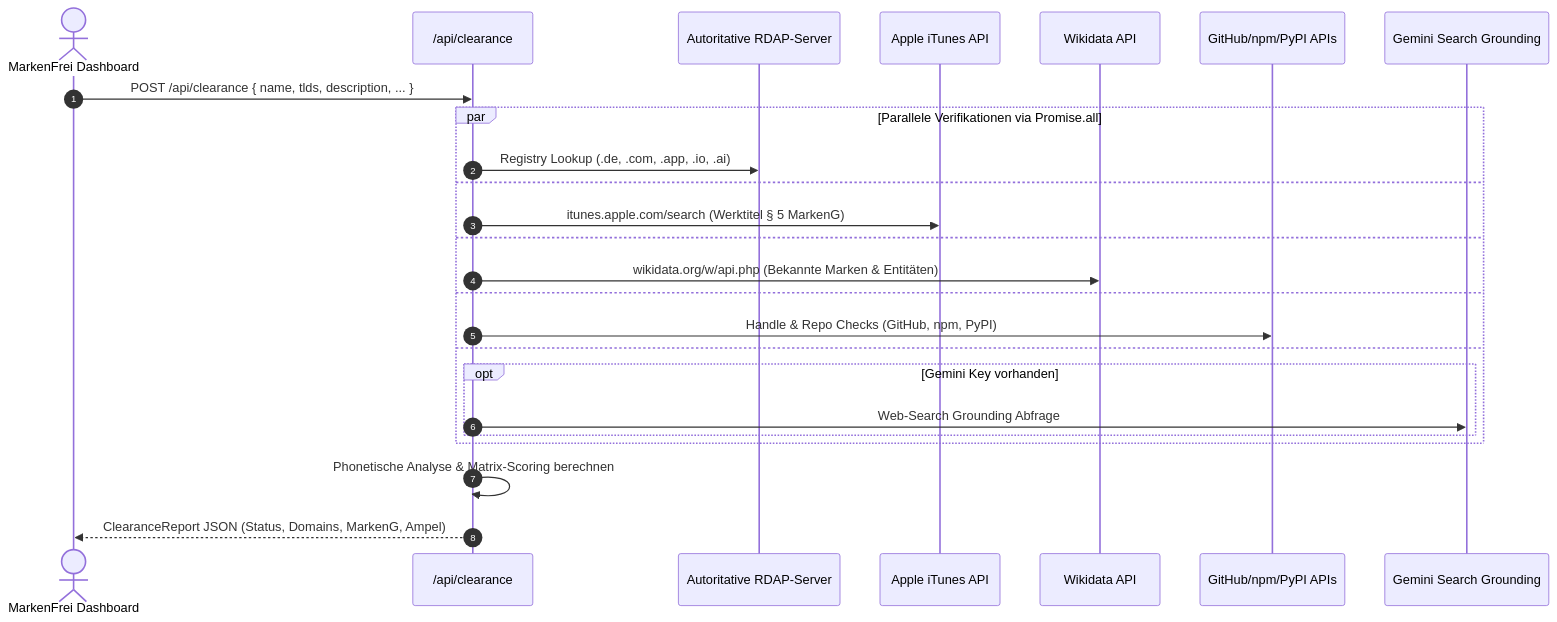
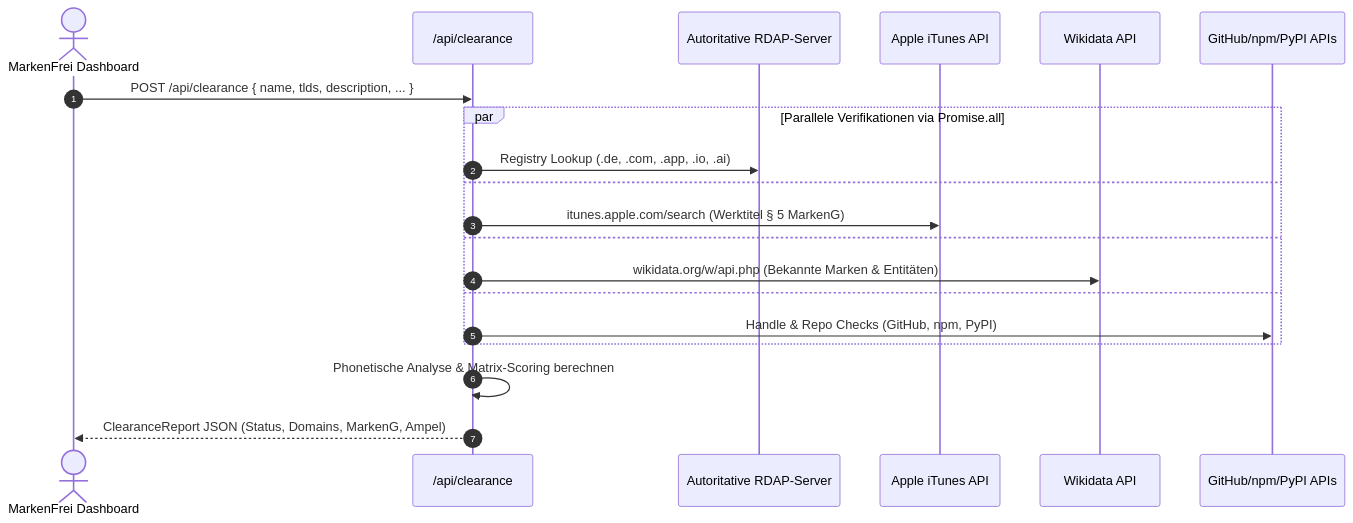
One commit to darkspike1988/markenfrei changed the diagram in src/app/api/README.md. Above: the diagram before and after it, drawn with Mermaid. The commit also changed other lines of this file and 16 other files, not shown here.

````diff
--- a/src/app/api/README.md
+++ b/src/app/api/README.md
@@ -9,28 +9,23 @@
 ```mermaid
 sequenceDiagram
     autonumber
     actor Client as MarkenFrei Dashboard
     participant API as /api/clearance
     participant RDAP as Autoritative RDAP-Server
     participant AppStore as Apple iTunes API
     participant Wiki as Wikidata API
     participant Dev as GitHub/npm/PyPI APIs
-    participant Gemini as Gemini Search Grounding
 
     Client->>API: POST /api/clearance { name, tlds, description, ... }
     par Parallele Verifikationen via Promise.all
         API->>RDAP: Registry Lookup (.de, .com, .app, .io, .ai)
     and
         API->>AppStore: itunes.apple.com/search (Werktitel § 5 MarkenG)
     and
         API->>Wiki: wikidata.org/w/api.php (Bekannte Marken & Entitäten)
     and
         API->>Dev: Handle & Repo Checks (GitHub, npm, PyPI)
-    and
-        opt Gemini Key vorhanden
-            API->>Gemini: Web-Search Grounding Abfrage
-        end
     end
     API->>API: Phonetische Analyse & Matrix-Scoring berechnen
     API-->>Client: ClearanceReport JSON (Status, Domains, MarkenG, Ampel)
 ```
````
